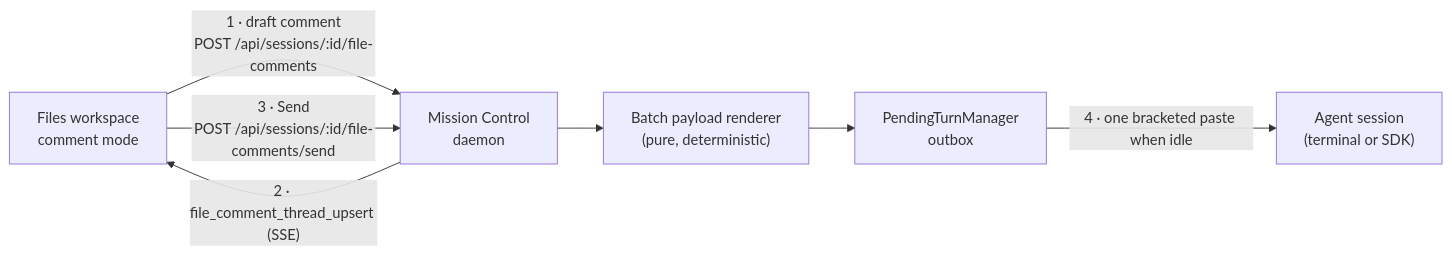
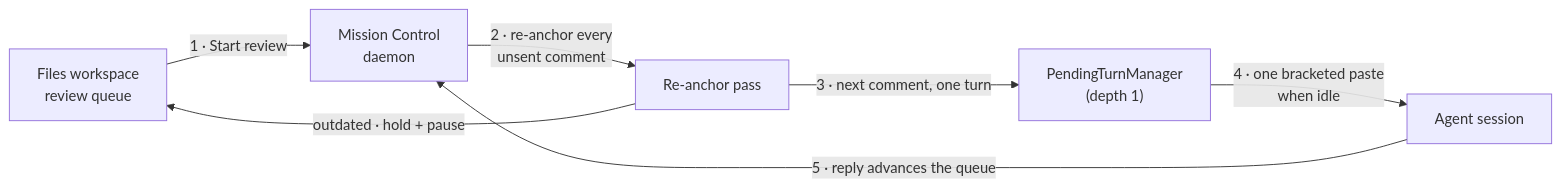
Before and after one commit to teamupstart/mission-control: the first of 2 diagrams in docs/plans/files-line-comments/plan.md, drawn with Mermaid. The commit also changed other lines of this file and 1 other file, not shown here.

First line of the commit message:
Revise the line-comments plan to one-at-a-time delivery

````diff
--- a/docs/plans/files-line-comments/plan.md
+++ b/docs/plans/files-line-comments/plan.md
@@ -284,9 +321,9 @@
 ```mermaid
 flowchart LR
-  U["Files workspace<br/>comment mode"] -->|"1 · draft comment<br/>POST /api/sessions/:id/file-comments"| D["Mission Control<br/>daemon"]
-  D -->|"2 · file_comment_thread_upsert (SSE)"| U
-  U -->|"3 · Send<br/>POST /api/sessions/:id/file-comments/send"| D
-  D --> R["Batch payload renderer<br/>(pure, deterministic)"]
-  R --> P["PendingTurnManager<br/>outbox"]
-  P -->|"4 · one bracketed paste when idle"| S["Agent session<br/>(terminal or SDK)"]
+  U["Files workspace<br/>review queue"] -->|"1 · Start review"| D["Mission Control<br/>daemon"]
+  D -->|"2 · re-anchor every<br/>unsent comment"| A["Re-anchor pass"]
+  A -->|"outdated · hold + pause"| U
+  A -->|"3 · next comment, one turn"| P["PendingTurnManager<br/>(depth 1)"]
+  P -->|"4 · one bracketed paste<br/>when idle"| S["Agent session"]
+  S -->|"5 · reply advances the queue"| D
 ```
````
